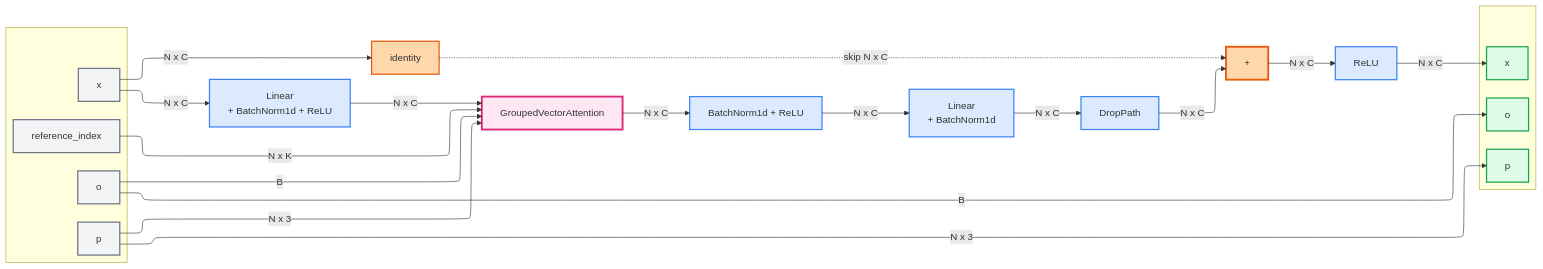
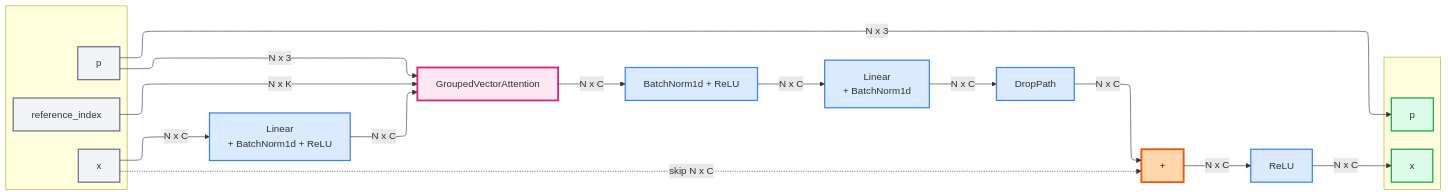
Before and after one commit to antoineach/antoineach.github.io: the diagram in assets/img/poinTransformerV2/block.md, drawn with Mermaid.

````diff
--- a/assets/img/poinTransformerV2/block.md
+++ b/assets/img/poinTransformerV2/block.md
@@ -1,62 +1,54 @@
 ```mermaid
 ---
 config:
   layout: elk
 ---
 graph LR
     subgraph InputPXO[" "]
         p["p"]
         x["x"]
-        o["o"]
         ref["reference_index"]
     end
     
-    x -->|N x C| Identity["identity"]
     x -->|N x C| FC1["Linear<br>+ BatchNorm1d + ReLU"]
     
     FC1 -->|N x C| GVA["GroupedVectorAttention"]
     
     p -->|N x 3| GVA
-    o -->|B| GVA
     ref -->|N x K| GVA
     
     GVA -->|N x C| Norm2["BatchNorm1d + ReLU"]
     Norm2 -->|N x C| FC3["Linear<br>+ BatchNorm1d"]
     
     FC3 -->|N x C| DropPath["DropPath"]
     DropPath -->|N x C| Add["+"]
-    Identity -.skip N x C.-> Add
+    x -.skip N x C.-> Add
     
     Add -->|N x C| ReLU["ReLU"]
     
     subgraph OutputPXO[" "]
         pout["p"]
         xout["x"]
-        oout["o"]
     end
     
     p -->|N x 3| pout
     ReLU -->|N x C| xout
-    o -->|B| oout
     
     style p fill:#f3f4f6,stroke:#6b7280,stroke-width:2px
     style x fill:#f3f4f6,stroke:#6b7280,stroke-width:2px
-    style o fill:#f3f4f6,stroke:#6b7280,stroke-width:2px
     style ref fill:#f3f4f6,stroke:#6b7280,stroke-width:2px
     
-    style Identity fill:#fed7aa,stroke:#ea580c,stroke-width:2px
     style FC1 fill:#dbeafe,stroke:#3b82f6,stroke-width:2px
     
     style GVA fill:#fce7f3,stroke:#db2777,stroke-width:3px
     
     style Norm2 fill:#dbeafe,stroke:#3b82f6,stroke-width:2px
     style FC3 fill:#dbeafe,stroke:#3b82f6,stroke-width:2px
     style DropPath fill:#dbeafe,stroke:#3b82f6,stroke-width:2px
     
     style Add fill:#fed7aa,stroke:#ea580c,stroke-width:3px
     style ReLU fill:#dbeafe,stroke:#3b82f6,stroke-width:2px
     
     style pout fill:#dcfce7,stroke:#16a34a,stroke-width:2px
     style xout fill:#dcfce7,stroke:#16a34a,stroke-width:2px
-    style oout fill:#dcfce7,stroke:#16a34a,stroke-width:2px
 ```
````
